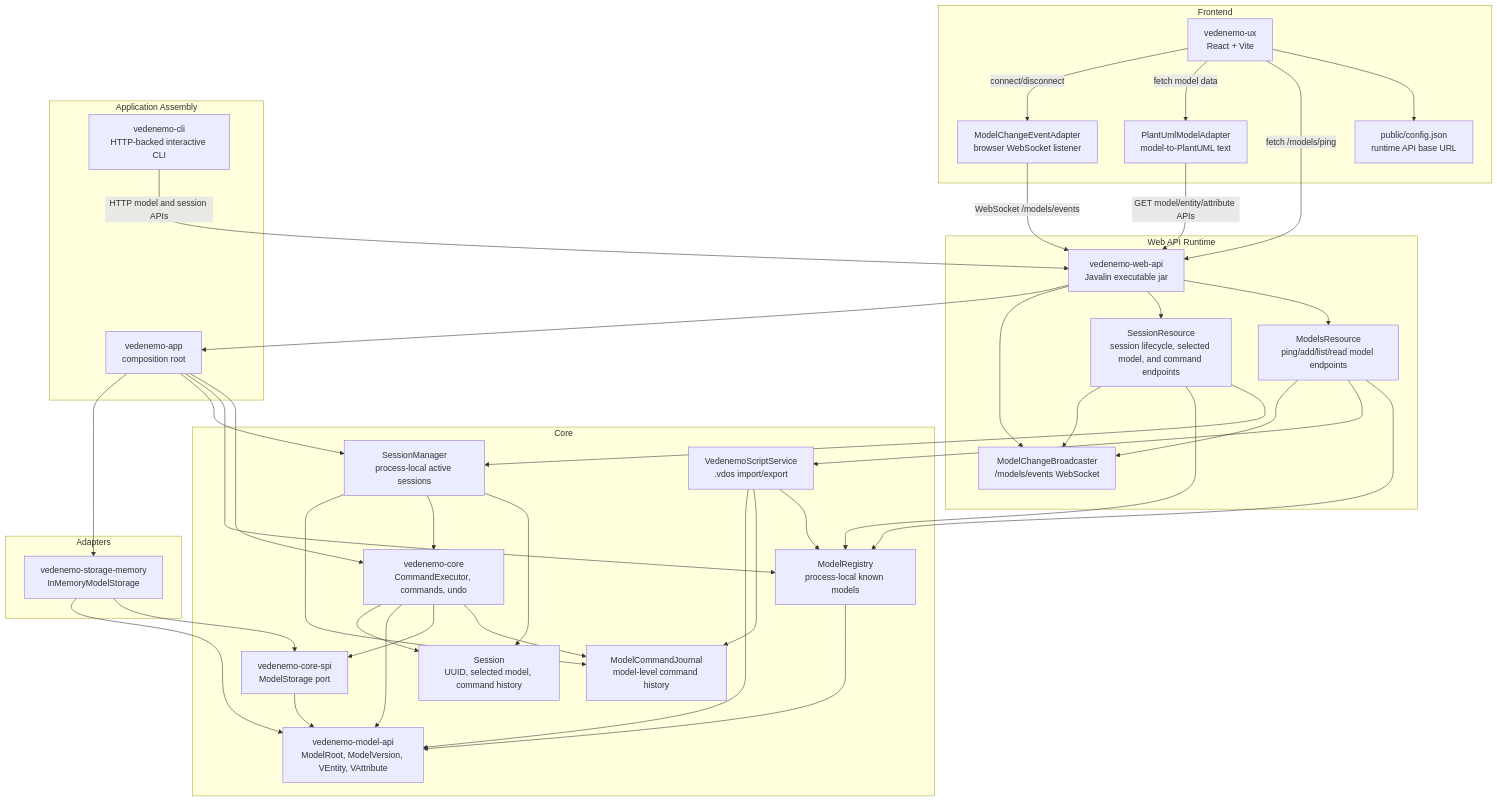
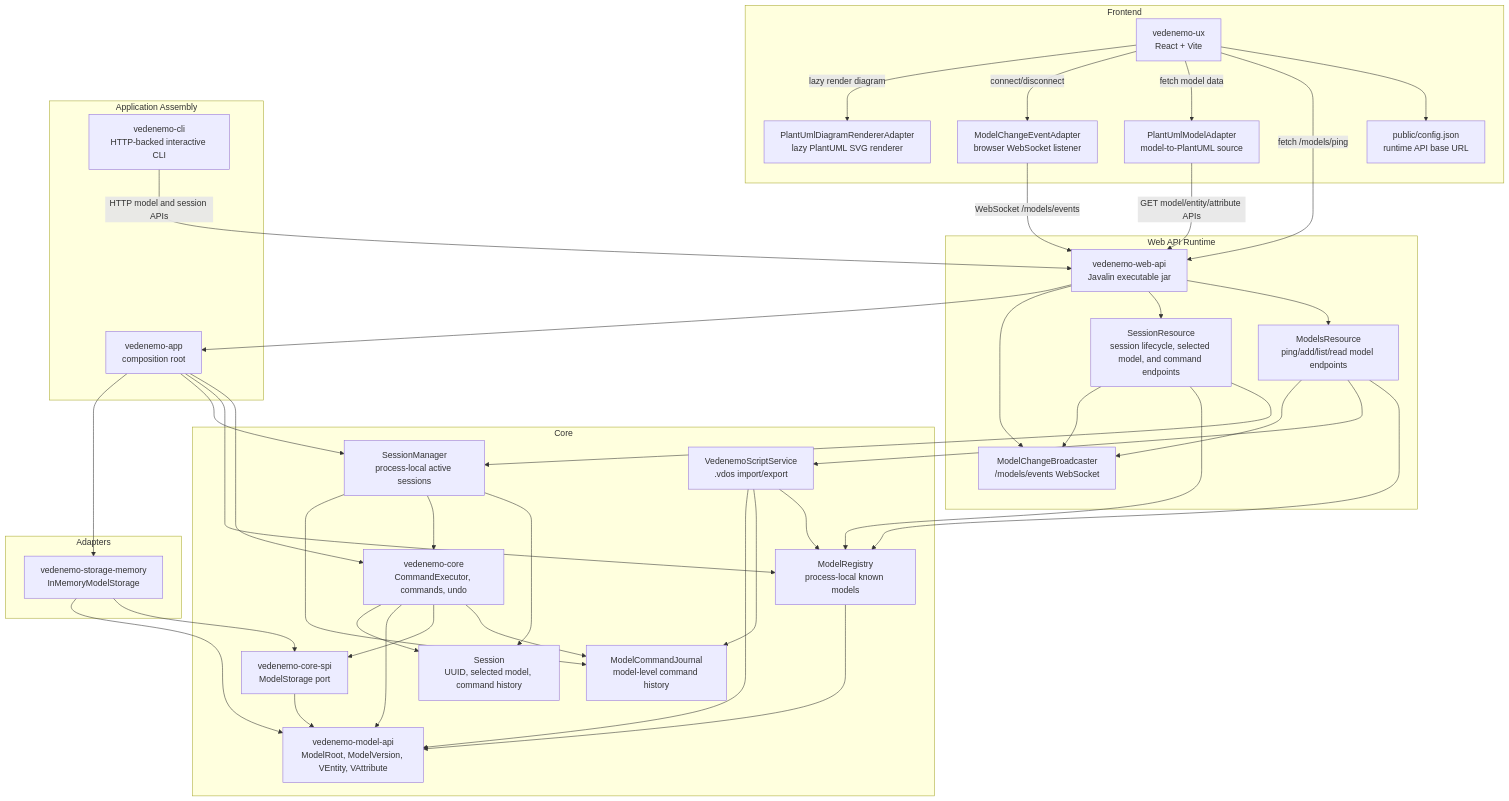
One commit to VedenemoDev/VedenemoMonorepo changed the first of 7 diagrams in docs/architecture_doc.md. Above: the diagram before and after it, drawn with Mermaid. The commit also changed other lines of this file and 9 other files, not shown here.

First line of the commit message:
Render PlantUML diagrams visually in UX

````diff
--- a/docs/architecture_doc.md
+++ b/docs/architecture_doc.md
@@ -14,73 +14,75 @@
 ```mermaid
 flowchart TB
 
 subgraph UX["Frontend"]
     ViteUX["vedenemo-ux<br/>React + Vite"]
     RuntimeConfig["public/config.json<br/>runtime API base URL"]
     UXModelEvents["ModelChangeEventAdapter<br/>browser WebSocket listener"]
-    UXPlantUml["PlantUmlModelAdapter<br/>model-to-PlantUML text"]
+    UXPlantUml["PlantUmlModelAdapter<br/>model-to-PlantUML source"]
+    UXPlantUmlRenderer["PlantUmlDiagramRendererAdapter<br/>lazy PlantUML SVG renderer"]
 end
 
 subgraph Web["Web API Runtime"]
     WebApi["vedenemo-web-api<br/>Javalin executable jar"]
     ModelsResource["ModelsResource<br/>ping/add/list/read model endpoints"]
     SessionResource["SessionResource<br/>session lifecycle, selected model, and command endpoints"]
     ModelEvents["ModelChangeBroadcaster<br/>/models/events WebSocket"]
 end
 
 subgraph App["Application Assembly"]
     AppRoot["vedenemo-app<br/>composition root"]
     Cli["vedenemo-cli<br/>HTTP-backed interactive CLI"]
 end
 
 subgraph Core["Core"]
     CoreModule["vedenemo-core<br/>CommandExecutor, commands, undo"]
     ScriptService["VedenemoScriptService<br/>.vdos import/export"]
     CommandJournal["ModelCommandJournal<br/>model-level command history"]
     SessionManager["SessionManager<br/>process-local active sessions"]
     Session["Session<br/>UUID, selected model, command history"]
     ModelRegistry["ModelRegistry<br/>process-local known models"]
     Spi["vedenemo-core-spi<br/>ModelStorage port"]
     ModelApi["vedenemo-model-api<br/>ModelRoot, ModelVersion, VEntity, VAttribute"]
 end
 
 subgraph Adapters["Adapters"]
     MemoryStorage["vedenemo-storage-memory<br/>InMemoryModelStorage"]
 end
 
 ViteUX --> RuntimeConfig
 ViteUX -->|fetch /models/ping| WebApi
 ViteUX -->|fetch model data| UXPlantUml
 ViteUX -->|connect/disconnect| UXModelEvents
+ViteUX -->|lazy render diagram| UXPlantUmlRenderer
 UXPlantUml -->|GET model/entity/attribute APIs| WebApi
 UXModelEvents -->|WebSocket /models/events| WebApi
 Cli -->|HTTP model and session APIs| WebApi
 WebApi --> ModelsResource
 WebApi --> SessionResource
 WebApi --> ModelEvents
 WebApi --> AppRoot
 ModelsResource --> ModelRegistry
 ModelsResource --> ScriptService
 ModelsResource --> ModelEvents
 SessionResource --> SessionManager
 SessionResource --> ModelRegistry
 SessionResource --> ModelEvents
 AppRoot --> CoreModule
 AppRoot --> ModelRegistry
 AppRoot --> SessionManager
 AppRoot --> MemoryStorage
 SessionManager --> Session
 SessionManager --> CoreModule
 SessionManager --> CommandJournal
 CoreModule --> CommandJournal
 ScriptService --> ModelRegistry
 ScriptService --> CommandJournal
 ScriptService --> ModelApi
 ModelRegistry --> ModelApi
 CoreModule --> Spi
 CoreModule --> ModelApi
 CoreModule --> Session
 Spi --> ModelApi
 MemoryStorage --> Spi
 MemoryStorage --> ModelApi
 ```
````
